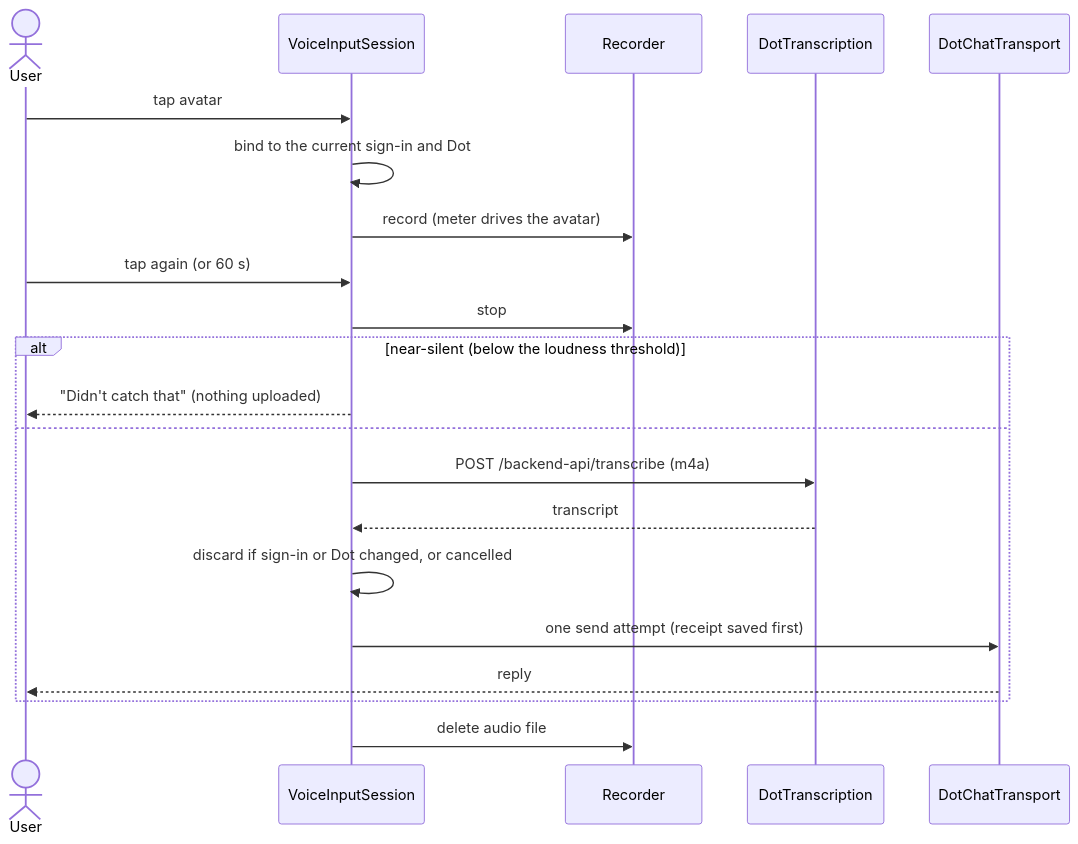
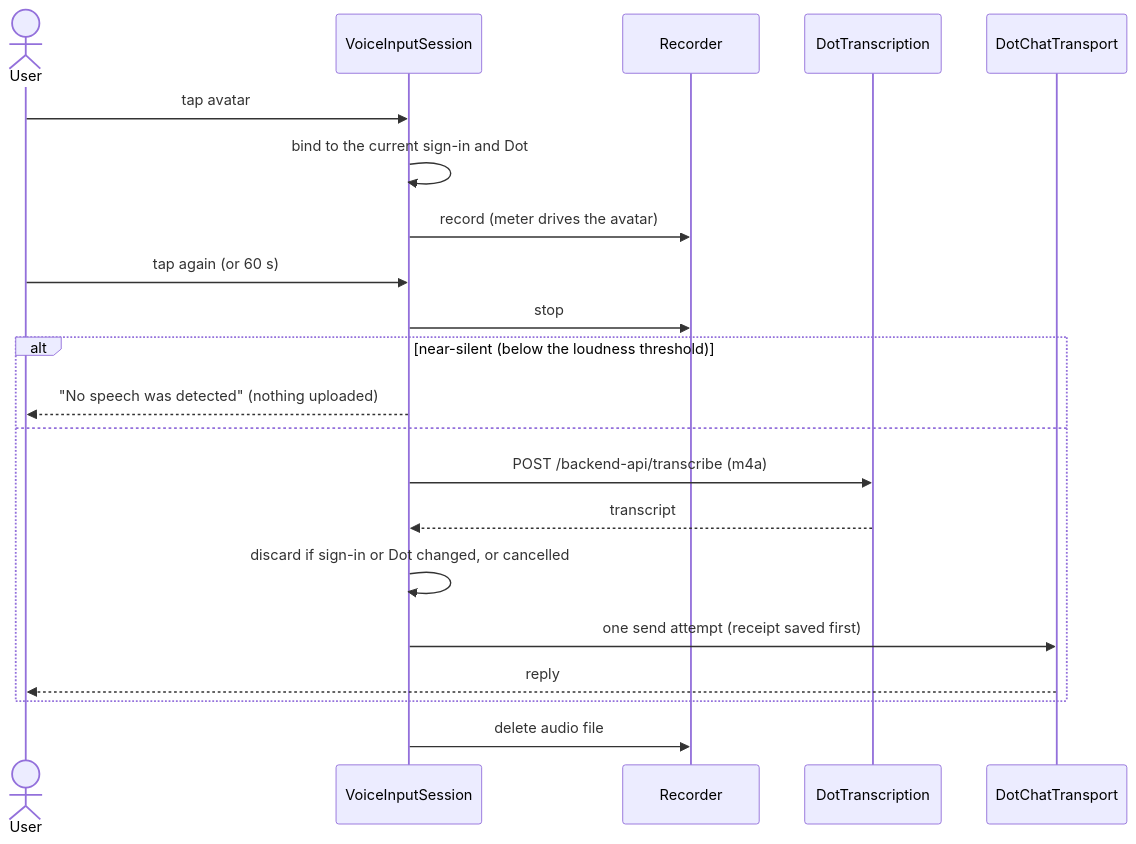
The second of 2 diagrams in docs/architecture.md (ChinmayShringi/watch-dot-voice), drawn with Mermaid before and after one commit. The commit also changed other lines of this file and 6 other files, not shown here.

````diff
--- a/docs/architecture.md
+++ b/docs/architecture.md
@@ -68,23 +72,23 @@
 ```mermaid
 sequenceDiagram
     actor U as User
     participant V as VoiceInputSession
     participant R as Recorder
     participant T as DotTranscription
     participant S as DotChatTransport
     U->>V: tap avatar
     V->>V: bind to the current sign-in and Dot
     V->>R: record (meter drives the avatar)
     U->>V: tap again (or 60 s)
     V->>R: stop
     alt near-silent (below the loudness threshold)
-        V-->>U: "Didn't catch that" (nothing uploaded)
+        V-->>U: "No speech was detected" (nothing uploaded)
     else
         V->>T: POST /backend-api/transcribe (m4a)
         T-->>V: transcript
         V->>V: discard if sign-in or Dot changed, or cancelled
         V->>S: one send attempt (receipt saved first)
         S-->>U: reply
     end
     V->>R: delete audio file
 ```
````
